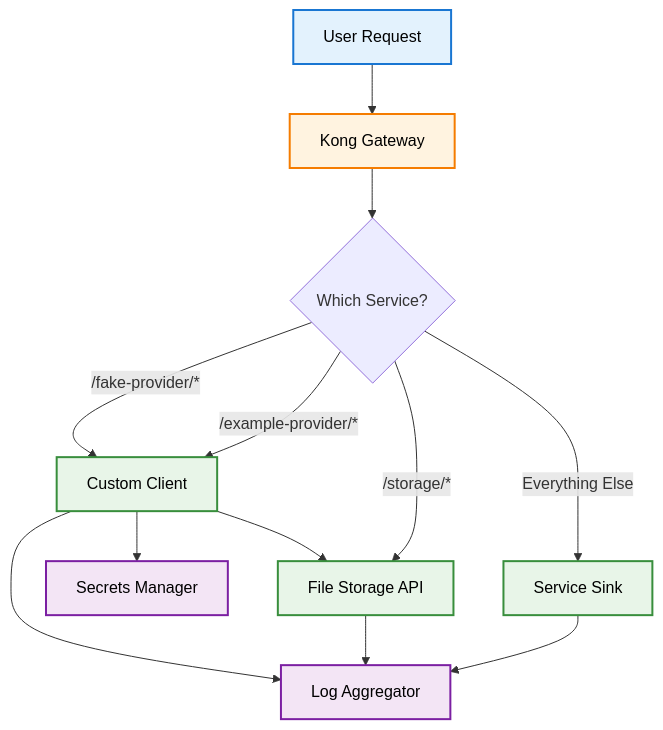
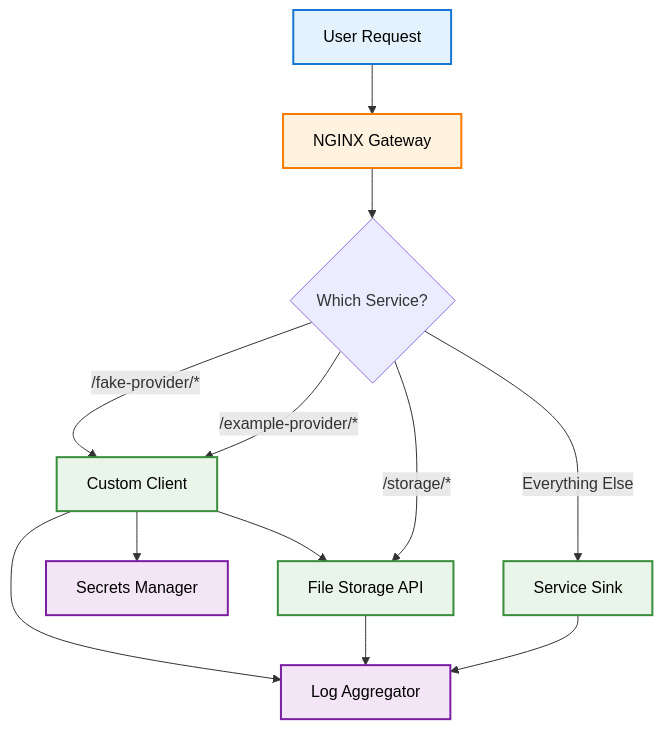
Before and after one commit to aztechead/edge-terrarium: the second of 10 diagrams in README.md, drawn with Mermaid. The commit also changed other lines of this file and 8 other files, not shown here.

````diff
--- a/README.md
+++ b/README.md
@@ -236,25 +236,25 @@
 ```mermaid
 %%{init: {'themeVariables': {'darkMode': true}}}%%
 flowchart TD
-    A[User Request] --> B[Kong Gateway]
+    A[User Request] --> B[NGINX Gateway]
     B --> C{Which Service?}
     C -->|/fake-provider/*| D[Custom Client]
     C -->|/example-provider/*| D
     C -->|/storage/*| H[File Storage API]
     C -->|Everything Else| E[Service Sink]
     D --> F[Log Aggregator]
     E --> F
     H --> F
     D --> G[Secrets Manager]
     D --> H
     
     classDef user fill:#e3f2fd,stroke:#1976d2,stroke-width:2px,color:#000
     classDef gateway fill:#fff3e0,stroke:#f57c00,stroke-width:2px,color:#000
     classDef service fill:#e8f5e8,stroke:#388e3c,stroke-width:2px,color:#000
     classDef support fill:#f3e5f5,stroke:#7b1fa2,stroke-width:2px,color:#000
     
     class A user
     class B gateway
     class D,E,H service
     class F,G support
 ```
````
